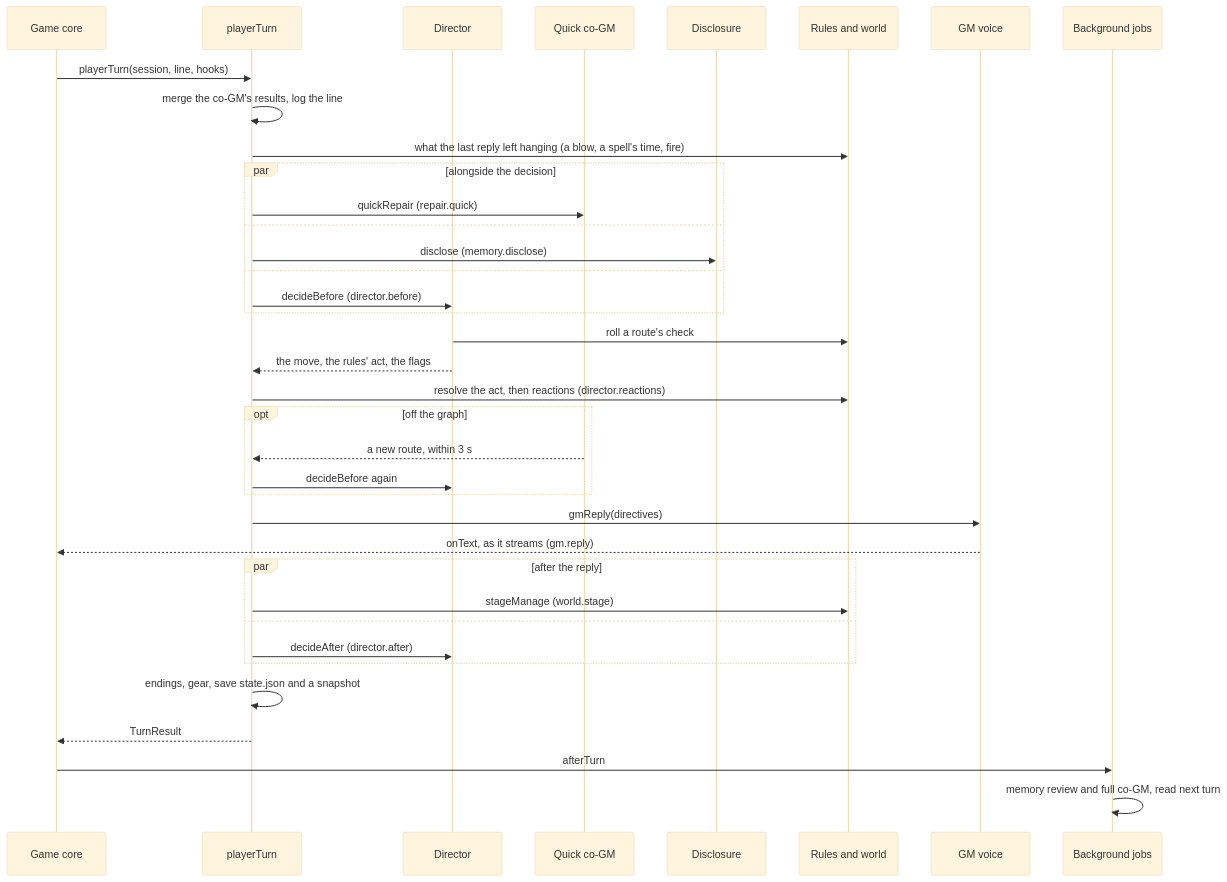
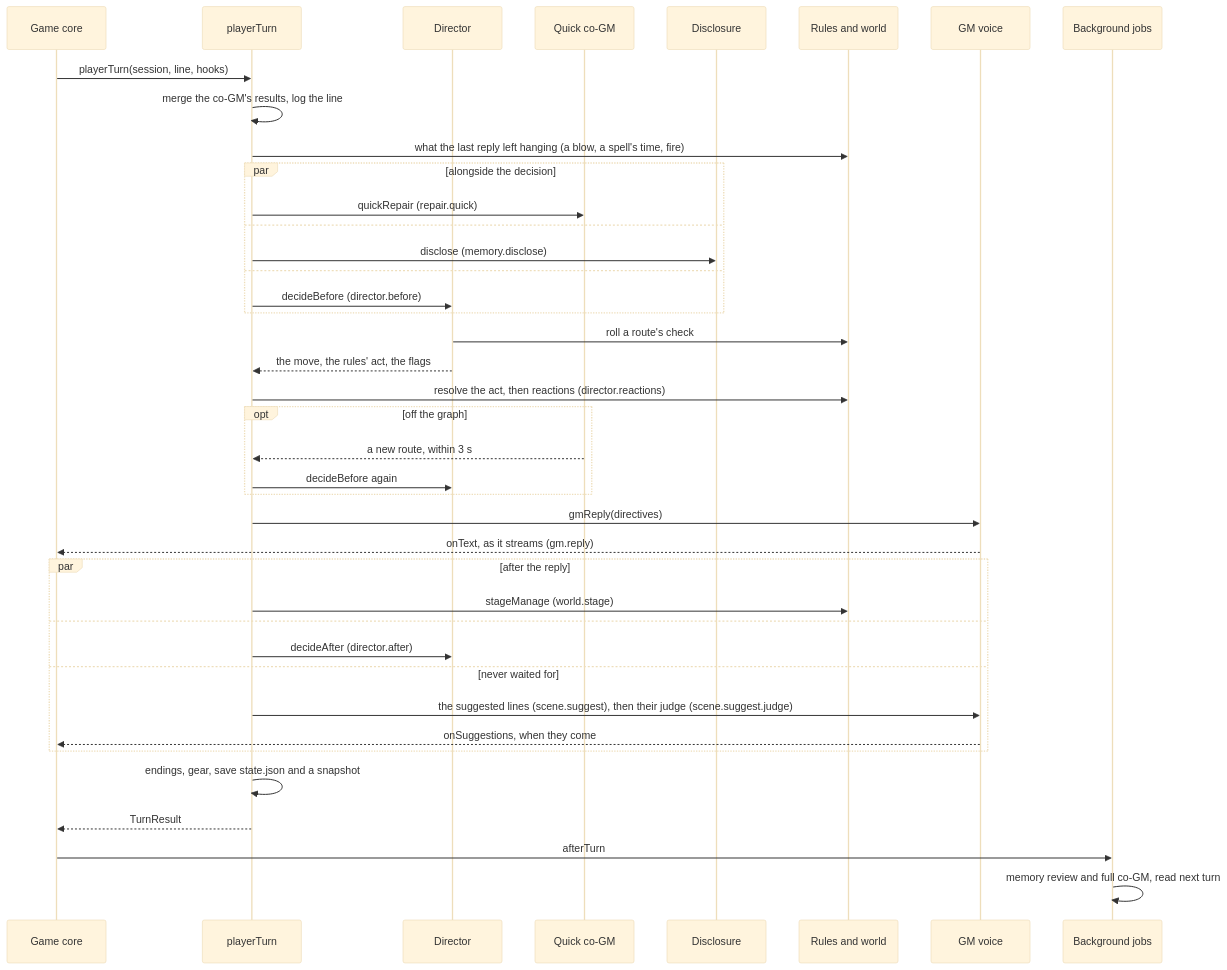
The second of 2 diagrams in src/runtime/README.md (Tatskaari/kingmaker), drawn with Mermaid (base theme) before and after one commit. The commit also changed other lines of this file and 8 other files, not shown here.

````diff
--- a/src/runtime/README.md
+++ b/src/runtime/README.md
@@ -110,40 +111,43 @@
 ```mermaid
 sequenceDiagram
   participant Core as Game core
   participant Turn as playerTurn
   participant Dir as Director
   participant Co as Quick co-GM
   participant Mem as Disclosure
   participant Rules as Rules and world
   participant GM as GM voice
   participant Bg as Background jobs
 
   Core->>Turn: playerTurn(session, line, hooks)
   Turn->>Turn: merge the co-GM's results, log the line
   Turn->>Rules: what the last reply left hanging (a blow, a spell's time, fire)
   par alongside the decision
     Turn->>Co: quickRepair (repair.quick)
   and
     Turn->>Mem: disclose (memory.disclose)
   and
     Turn->>Dir: decideBefore (director.before)
   end
   Dir->>Rules: roll a route's check
   Dir-->>Turn: the move, the rules' act, the flags
   Turn->>Rules: resolve the act, then reactions (director.reactions)
   opt off the graph
     Co-->>Turn: a new route, within 3 s
     Turn->>Dir: decideBefore again
   end
   Turn->>GM: gmReply(directives)
   GM-->>Core: onText, as it streams (gm.reply)
   par after the reply
     Turn->>Rules: stageManage (world.stage)
   and
     Turn->>Dir: decideAfter (director.after)
+  and never waited for
+    Turn->>GM: the suggested lines (scene.suggest), then their judge (scene.suggest.judge)
+    GM-->>Core: onSuggestions, when they come
   end
   Turn->>Turn: endings, gear, save state.json and a snapshot
   Turn-->>Core: TurnResult
   Core->>Bg: afterTurn
   Bg->>Bg: memory review and full co-GM, read next turn
 ```
````
